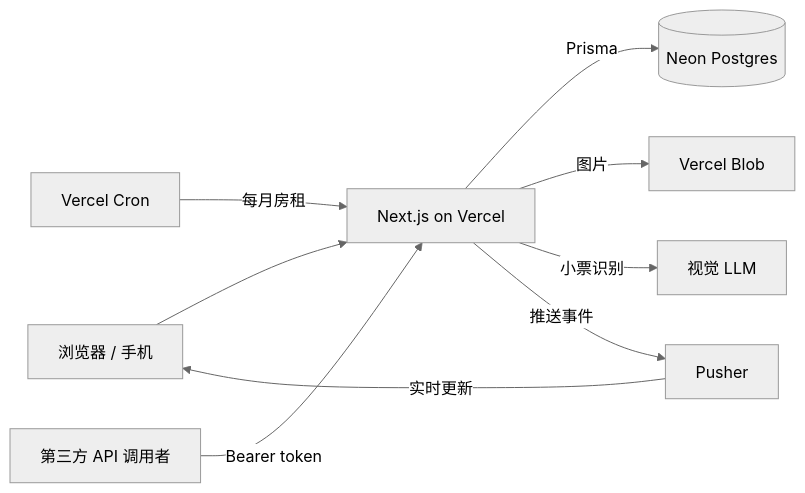
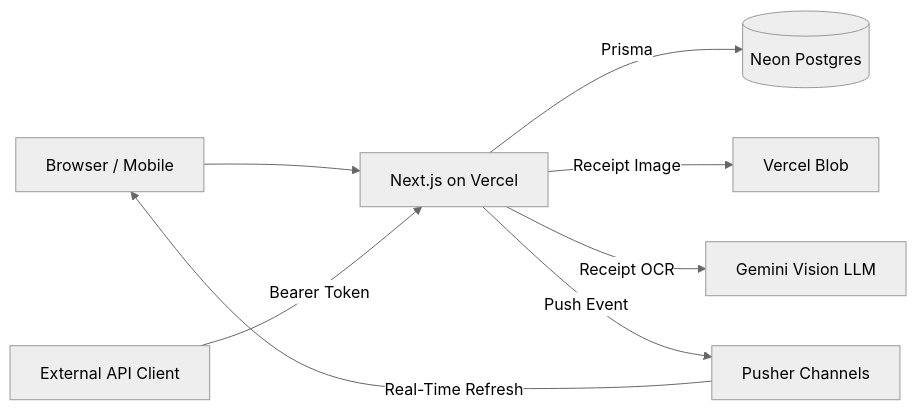
Before and after one commit to jmpei/slashsplit: the first of 2 diagrams in docs/PLAN.md, drawn with Mermaid (neutral theme). The commit also changed other lines of this file and 10 other files, not shown here.

````diff
--- a/docs/PLAN.md
+++ b/docs/PLAN.md
@@ -162,11 +156,10 @@
 ```mermaid
 flowchart LR
-  U[浏览器 / 手机] --> N[Next.js on Vercel]
-  N -->|Prisma| DB[(Neon Postgres)]
-  N -->|图片| B[Vercel Blob]
-  N -->|小票识别| AI[视觉 LLM]
-  N -->|推送事件| P[Pusher]
-  P -->|实时更新| U
-  C[Vercel Cron] -->|每月房租| N
-  EXT[第三方 API 调用者] -->|Bearer token| N
+  U["Browser / Mobile"] --> N["Next.js on Vercel"]
+  N -->|Prisma| DB[("Neon Postgres")]
+  N -->|Receipt Image| B["Vercel Blob"]
+  N -->|Receipt OCR| AI["Gemini Vision LLM"]
+  N -->|Push Event| P["Pusher Channels"]
+  P -->|Real-Time Refresh| U
+  EXT["External API Client"] -->|Bearer Token| N
 ```
````
